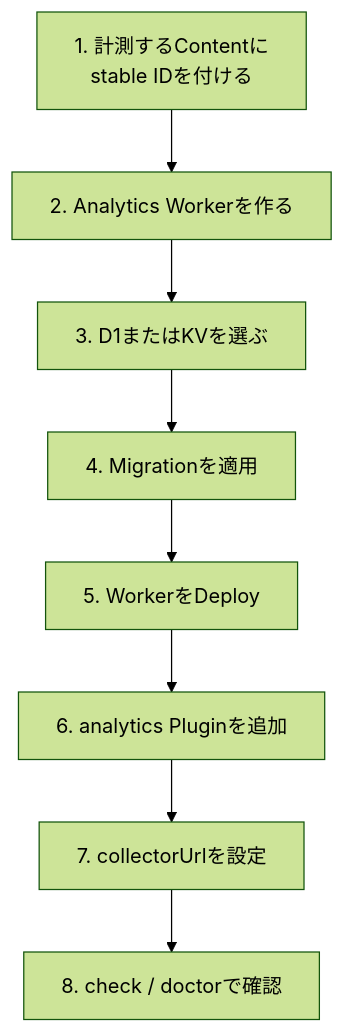
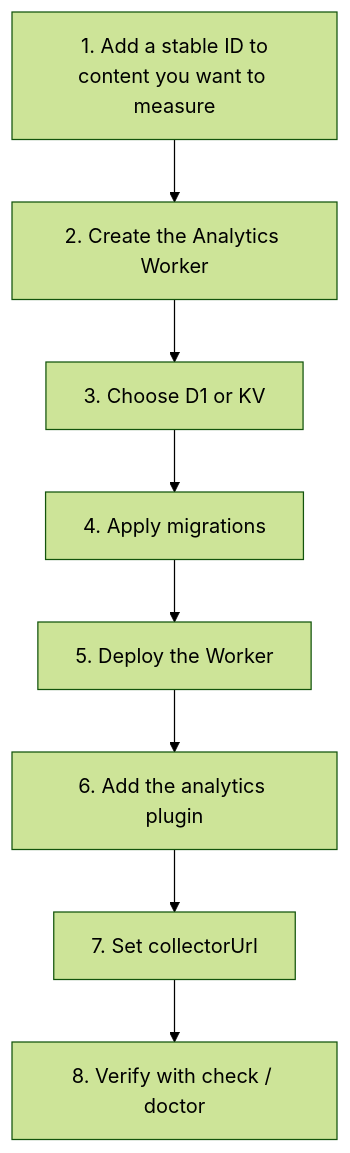
Before and after one commit to Rerurate514/riebeckite: the fifth of 5 diagrams in docs/docs/guides/analytics.md, drawn with Mermaid (forest theme). The commit also changed other lines of this file and 604 other files, not shown here.

````diff
--- a/docs/docs/guides/analytics.md
+++ b/docs/docs/guides/analytics.md
@@ -827,19 +638,19 @@
-```mermaid id="zhsgd5"
+```mermaid
 flowchart TD
-    ID["1. 計測するContentに<br/>stable IDを付ける"]
-    Worker["2. Analytics Workerを作る"]
-    Storage["3. D1またはKVを選ぶ"]
-    Migration["4. Migrationを適用"]
-    Deploy["5. WorkerをDeploy"]
-    Plugin["6. analytics Pluginを追加"]
-    URL["7. collectorUrlを設定"]
-    Check["8. check / doctorで確認"]
+    ID["1. Add a stable ID to<br/>content you want to measure"]
+    Worker["2. Create the Analytics Worker"]
+    Storage["3. Choose D1 or KV"]
+    Migration["4. Apply migrations"]
+    Deploy["5. Deploy the Worker"]
+    Plugin["6. Add the analytics plugin"]
+    URL["7. Set collectorUrl"]
+    Check["8. Verify with check / doctor"]
 
     ID --> Worker
     Worker --> Storage
     Storage --> Migration
     Migration --> Deploy
     Deploy --> Plugin
     Plugin --> URL
     URL --> Check
 ```
````
